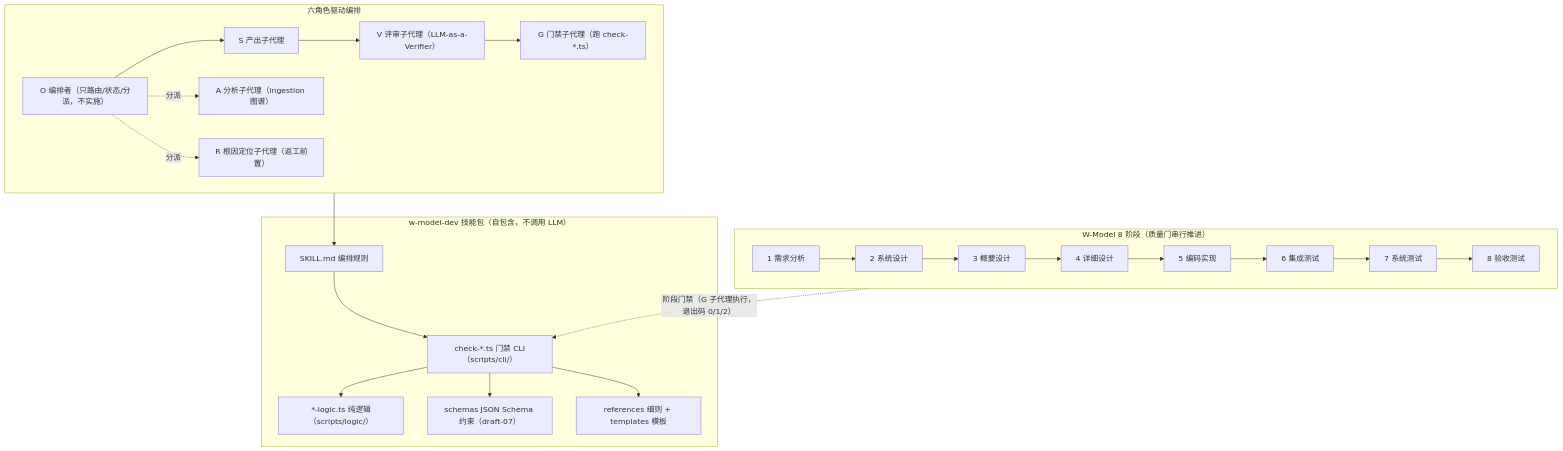
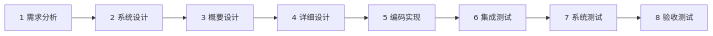
One commit to WangHHY19931001/Software_Engineering_W_Development_Model_Skills_Pack changed the diagram in README.md. Above: the diagram before and after it, drawn with Mermaid. The commit also changed other lines of this file, not shown here.

````diff
--- a/README.md
+++ b/README.md
@@ -108,26 +99,5 @@
 ```mermaid
-flowchart TB
-  subgraph W["W-Model 8 阶段（质量门串行推进）"]
-    direction LR
-    P1["1 需求分析"] --> P2["2 系统设计"] --> P3["3 概要设计"] --> P4["4 详细设计"]
-    P4 --> P5["5 编码实现"] --> P6["6 集成测试"] --> P7["7 系统测试"] --> P8["8 验收测试"]
-  end
-
-  subgraph Roles["六角色驱动编排"]
-    O["O 编排者（只路由/状态/分派，不实施）"] --> S["S 产出子代理"]
-    S --> V["V 评审子代理（LLM-as-a-Verifier）"]
-    V --> G["G 门禁子代理（跑 check-*.ts）"]
-    O -. 分派 .-> A["A 分析子代理（ingestion 图谱）"]
-    O -. 分派 .-> R["R 根因定位子代理（返工前置）"]
-  end
-
-  subgraph Pack["w-model-dev 技能包（自包含，不调用 LLM）"]
-    SKILL["SKILL.md 编排规则"] --> CLI["check-*.ts 门禁 CLI（scripts/cli/）"]
-    CLI --> LOGIC["*-logic.ts 纯逻辑（scripts/logic/）"]
-    CLI --> SCHEMA["schemas JSON Schema 约束（draft-07）"]
-    CLI --> REFS["references 细则 + templates 模板"]
-  end
-
-  Roles --> SKILL
-  W -. 阶段门禁（G 子代理执行，退出码 0/1/2） .-> CLI
+flowchart LR
+  P1["1 需求分析"] --> P2["2 系统设计"] --> P3["3 概要设计"] --> P4["4 详细设计"]
+  P4 --> P5["5 编码实现"] --> P6["6 集成测试"] --> P7["7 系统测试"] --> P8["8 验收测试"]
 ```
````
